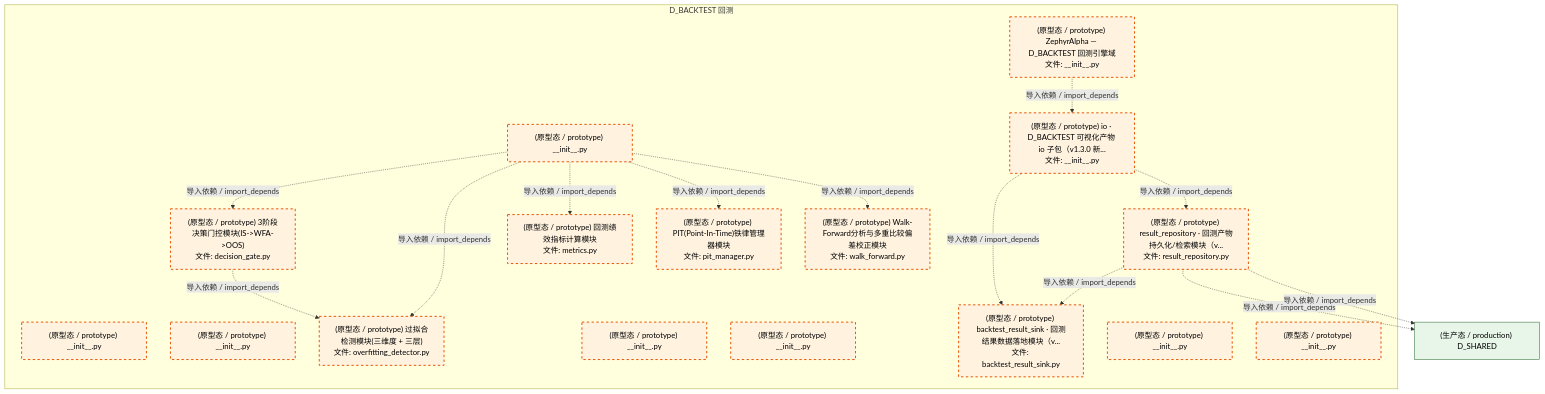
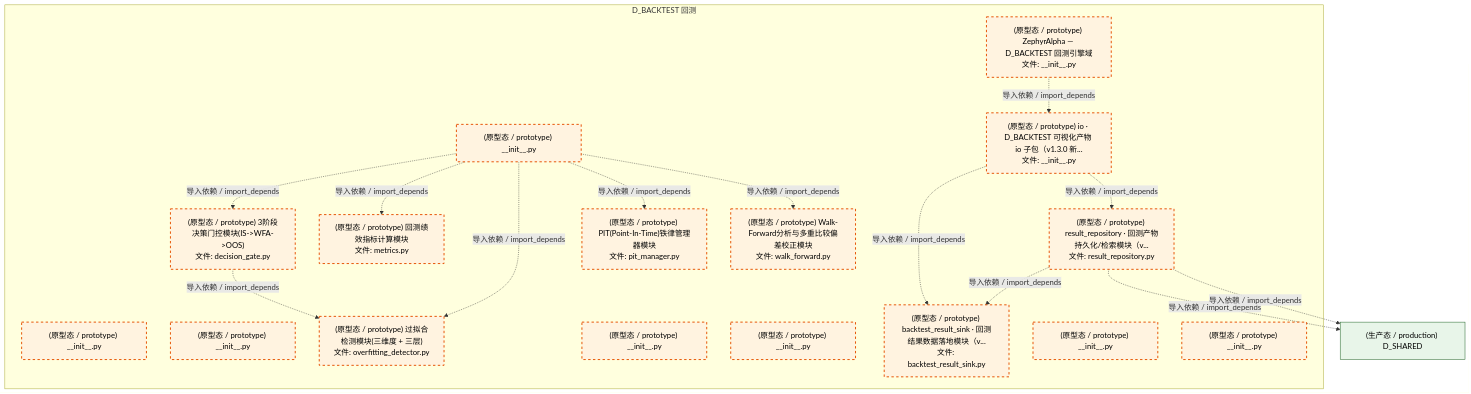
The fifth of 6 diagrams in docs/02_enterprise_architecture/02_domain_architecture_docs/30_d_backtest.md (xuanFelixVan/ZephyrAlpha), drawn with Mermaid before and after one commit. The commit also changed other lines of this file and 126 other files, not shown here.

````diff
--- a/docs/02_enterprise_architecture/02_domain_architecture_docs/30_d_backtest.md
+++ b/docs/02_enterprise_architecture/02_domain_architecture_docs/30_d_backtest.md
@@ -342,40 +342,40 @@
 ```mermaid
 graph TD
     subgraph D_BACKTEST["D_BACKTEST 回测"]
         src_zephyr_backtest_init_py["(原型态 / prototype) ZephyrAlpha — D_BACKTEST 回测引擎域<br/>文件: __init__.py"]
         src_zephyr_backtest_extensions_init_py["(原型态 / prototype) __init__.py"]
         src_zephyr_backtest_api_init_py["(原型态 / prototype) __init__.py"]
         src_zephyr_backtest_core_init_py["(原型态 / prototype) __init__.py"]
         src_zephyr_backtest_core_decision_gate_py["(原型态 / prototype) 3阶段决策门控模块(IS->WFA->OOS)<br/>文件: decision_gate.py"]
         src_zephyr_backtest_core_metrics_py["(原型态 / prototype) 回测绩效指标计算模块<br/>文件: metrics.py"]
         src_zephyr_backtest_core_overfitting_detector_py["(原型态 / prototype) 过拟合检测模块(三维度 + 三层)<br/>文件: overfitting_detector.py"]
         src_zephyr_backtest_core_pit_manager_py["(原型态 / prototype) PIT(Point-In-Time)铁律管理器模块<br/>文件: pit_manager.py"]
         src_zephyr_backtest_core_walk_forward_py["(原型态 / prototype) Walk-Forward分析与多重比较偏差校正模块<br/>文件: walk_forward.py"]
         src_zephyr_backtest_implementations_init_py["(原型态 / prototype) __init__.py"]
         src_zephyr_backtest_infrastructure_init_py["(原型态 / prototype) __init__.py"]
         src_zephyr_backtest_io_init_py["(原型态 / prototype) io · D_BACKTEST 可视化产物 io 子包（v1.3.0 新...<br/>文件: __init__.py"]
         src_zephyr_backtest_io_backtest_result_sink_py["(原型态 / prototype) backtest_result_sink · 回测结果数据落地模块（v...<br/>文件: backtest_result_sink.py"]
         src_zephyr_backtest_io_result_repository_py["(原型态 / prototype) result_repository · 回测产物持久化/检索模块（v...<br/>文件: result_repository.py"]
         src_zephyr_backtest_models_init_py["(原型态 / prototype) __init__.py"]
         src_zephyr_backtest_services_init_py["(原型态 / prototype) __init__.py"]
     end
+    src_zephyr_backtest_core_decision_gate_py -.->|导入依赖 / import_depends| src_zephyr_backtest_core_overfitting_detector_py
     src_zephyr_backtest_init_py -.->|导入依赖 / import_depends| src_zephyr_backtest_io_init_py
-    src_zephyr_backtest_core_decision_gate_py -.->|导入依赖 / import_depends| src_zephyr_backtest_core_overfitting_detector_py
     src_zephyr_backtest_io_result_repository_py -.->|导入依赖 / import_depends| src_zephyr_backtest_io_backtest_result_sink_py
     src_zephyr_backtest_core_init_py -.->|导入依赖 / import_depends| src_zephyr_backtest_core_decision_gate_py
+    src_zephyr_backtest_core_init_py -.->|导入依赖 / import_depends| src_zephyr_backtest_core_metrics_py
     src_zephyr_backtest_core_init_py -.->|导入依赖 / import_depends| src_zephyr_backtest_core_overfitting_detector_py
-    src_zephyr_backtest_core_init_py -.->|导入依赖 / import_depends| src_zephyr_backtest_core_metrics_py
     src_zephyr_backtest_core_init_py -.->|导入依赖 / import_depends| src_zephyr_backtest_core_pit_manager_py
     src_zephyr_backtest_core_init_py -.->|导入依赖 / import_depends| src_zephyr_backtest_core_walk_forward_py
     src_zephyr_backtest_io_init_py -.->|导入依赖 / import_depends| src_zephyr_backtest_io_backtest_result_sink_py
     src_zephyr_backtest_io_init_py -.->|导入依赖 / import_depends| src_zephyr_backtest_io_result_repository_py
     D_SHARED["(生产态 / production) D_SHARED"]
     src_zephyr_backtest_io_result_repository_py -.->|导入依赖 / import_depends| D_SHARED
     src_zephyr_backtest_io_result_repository_py -.->|导入依赖 / import_depends| D_SHARED
     classDef production fill:#e1f5fe,stroke:#01579b,stroke-width:2px,color:#000
     classDef design fill:#fff3e0,stroke:#e65100,stroke-width:2px,color:#000,stroke-dasharray: 5 5
     classDef external_prod fill:#e8f5e9,stroke:#1b5e20,stroke-width:1px,color:#000
     classDef external_design fill:#fce4ec,stroke:#880e4f,stroke-width:1px,color:#000,stroke-dasharray: 5 5
     class src_zephyr_backtest_init_py,src_zephyr_backtest_extensions_init_py,src_zephyr_backtest_api_init_py,src_zephyr_backtest_core_init_py,src_zephyr_backtest_core_decision_gate_py,src_zephyr_backtest_core_metrics_py,src_zephyr_backtest_core_overfitting_detector_py,src_zephyr_backtest_core_pit_manager_py,src_zephyr_backtest_core_walk_forward_py,src_zephyr_backtest_implementations_init_py,src_zephyr_backtest_infrastructure_init_py,src_zephyr_backtest_io_init_py,src_zephyr_backtest_io_backtest_result_sink_py,src_zephyr_backtest_io_result_repository_py,src_zephyr_backtest_models_init_py,src_zephyr_backtest_services_init_py design
     class D_SHARED external_prod
 ```
````
